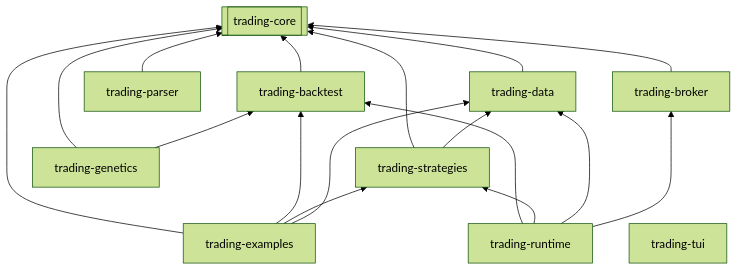
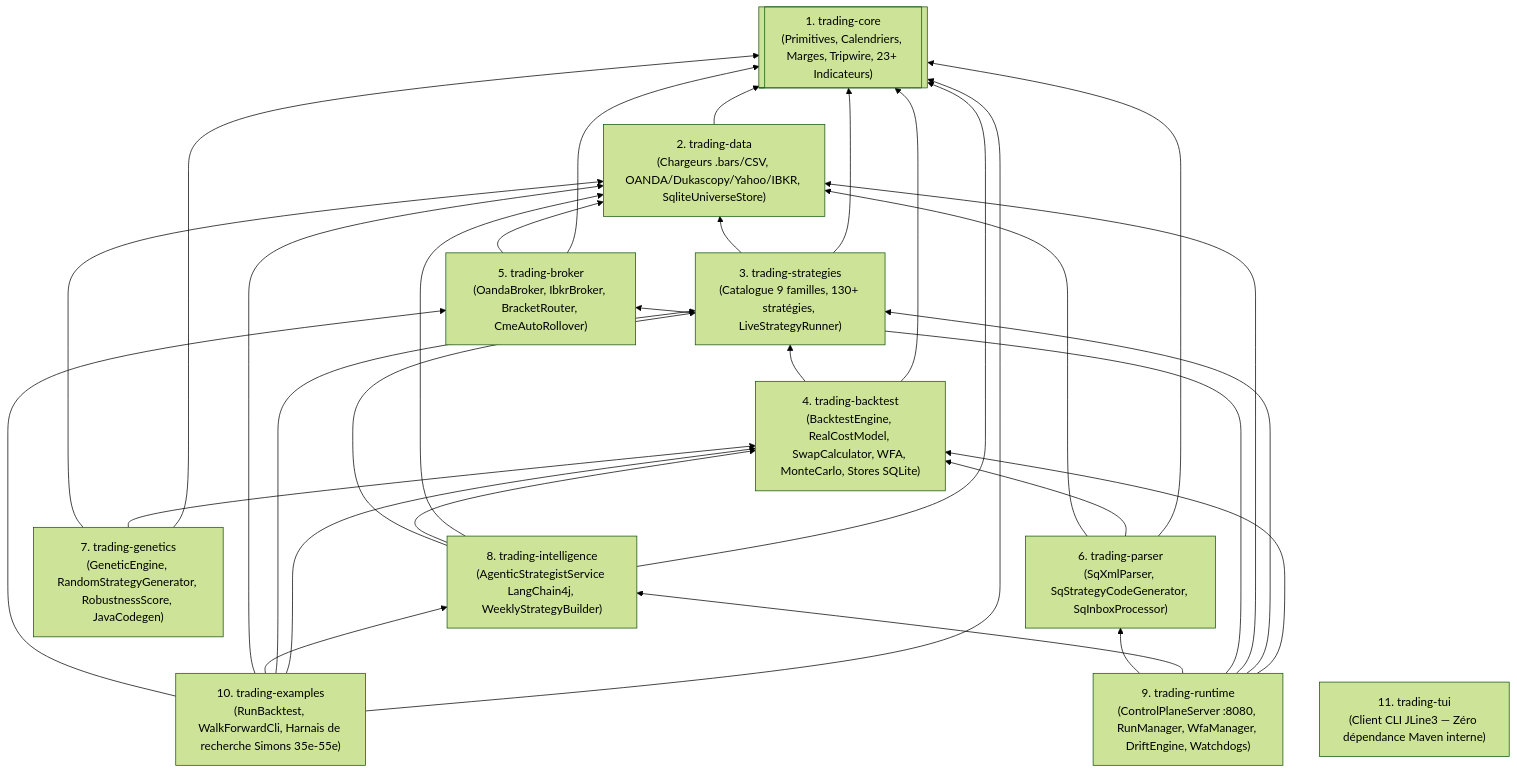
One commit to martinfou/trading-bridge changed the diagram in docs/architecture-trading-bridge-java.md. Above: the diagram before and after it, drawn with Mermaid (forest theme). The commit also changed other lines of this file and 77 other files, not shown here.

````diff
--- a/docs/architecture-trading-bridge-java.md
+++ b/docs/architecture-trading-bridge-java.md
@@ -33,21 +24,34 @@
 ```mermaid
 flowchart BT
-  CORE[["trading-core"]]
-  BT_MOD["trading-backtest"] --> CORE
-  DATA["trading-data"] --> CORE
-  PARSER["trading-parser"] --> CORE
-  BROKER["trading-broker"] --> CORE
-  STRAT["trading-strategies"] --> CORE
+  CORE[["1. trading-core<br/>(Primitives, Calendriers, Marges, Tripwire, 23+ Indicateurs)"]]
+  DATA["2. trading-data<br/>(Chargeurs .bars/CSV, OANDA/Dukascopy/Yahoo/IBKR, SqliteUniverseStore)"] --> CORE
+  STRAT["3. trading-strategies<br/>(Catalogue 9 familles, 130+ stratégies, LiveStrategyRunner)"] --> CORE
   STRAT --> DATA
-  GEN["trading-genetics"] --> CORE
-  GEN --> BT_MOD
-  EX["trading-examples"] --> CORE
-  EX --> BT_MOD
-  EX --> STRAT
-  EX --> DATA
-  RT["trading-runtime"] --> BT_MOD
+  BT["4. trading-backtest<br/>(BacktestEngine, RealCostModel, SwapCalculator, WFA, MonteCarlo, Stores SQLite)"] --> CORE
+  BT --> STRAT
+  BROKER["5. trading-broker<br/>(OandaBroker, IbkrBroker, BracketRouter, CmeAutoRollover)"] --> CORE
+  BROKER --> DATA
+  PARSER["6. trading-parser<br/>(SqXmlParser, SqStrategyCodeGenerator, SqInboxProcessor)"] --> CORE
+  PARSER --> BT
+  PARSER --> DATA
+  GEN["7. trading-genetics<br/>(GeneticEngine, RandomStrategyGenerator, RobustnessScore, JavaCodegen)"] --> CORE
+  GEN --> BT
+  GEN --> DATA
+  INTEL["8. trading-intelligence<br/>(AgenticStrategistService LangChain4j, WeeklyStrategyBuilder)"] --> CORE
+  INTEL --> DATA
+  INTEL --> BT
+  INTEL --> STRAT
+  RT["9. trading-runtime<br/>(ControlPlaneServer :8080, RunManager, WfaManager, DriftEngine, Watchdogs)"] --> BT
   RT --> STRAT
   RT --> DATA
   RT --> BROKER
-  TUI["trading-tui"]
+  RT --> INTEL
+  RT --> PARSER
+  EX["10. trading-examples<br/>(RunBacktest, WalkForwardCli, Harnais de recherche Simons 35e-55e)"] --> CORE
+  EX --> BT
+  EX --> STRAT
+  EX --> INTEL
+  EX --> DATA
+  EX --> BROKER
+  TUI["11. trading-tui<br/>(Client CLI JLine3 — Zéro dépendance Maven interne)"]
 ```
````
